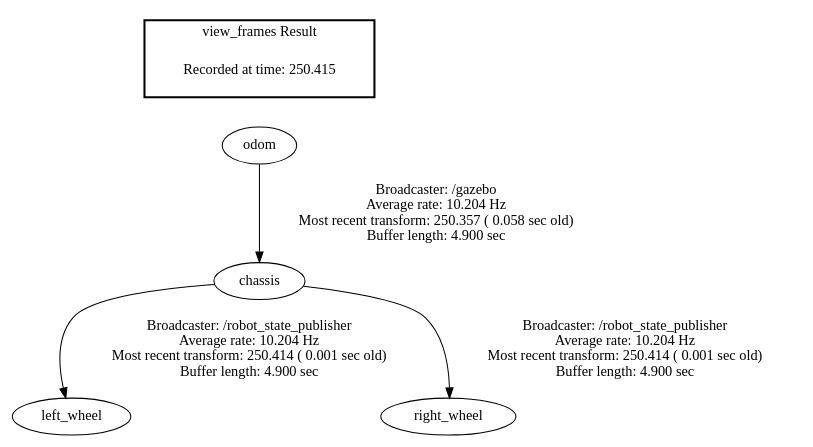
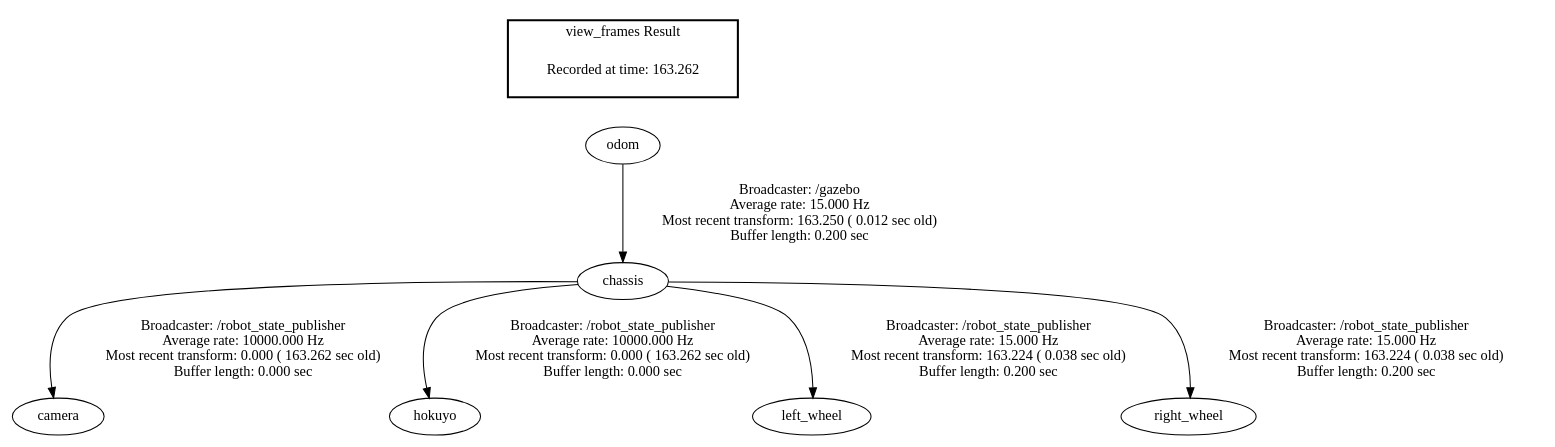
The diagram in frames.gv (spkadam/sambot_ws), drawn with Graphviz before and after one commit. The commit also changed 4 other files, not shown here.

```diff
--- a/frames.gv
+++ b/frames.gv
@@ -1,9 +1,11 @@
 digraph G {
-"odom" -> "chassis"[label="Broadcaster: /gazebo\nAverage rate: 10.204 Hz\nMost recent transform: 250.357 ( 0.058 sec old)\nBuffer length: 4.900 sec\n"];
-"chassis" -> "left_wheel"[label="Broadcaster: /robot_state_publisher\nAverage rate: 10.204 Hz\nMost recent transform: 250.414 ( 0.001 sec old)\nBuffer length: 4.900 sec\n"];
-"chassis" -> "right_wheel"[label="Broadcaster: /robot_state_publisher\nAverage rate: 10.204 Hz\nMost recent transform: 250.414 ( 0.001 sec old)\nBuffer length: 4.900 sec\n"];
+"chassis" -> "camera"[label="Broadcaster: /robot_state_publisher\nAverage rate: 10000.000 Hz\nMost recent transform: 0.000 ( 163.262 sec old)\nBuffer length: 0.000 sec\n"];
+"odom" -> "chassis"[label="Broadcaster: /gazebo\nAverage rate: 15.000 Hz\nMost recent transform: 163.250 ( 0.012 sec old)\nBuffer length: 0.200 sec\n"];
+"chassis" -> "hokuyo"[label="Broadcaster: /robot_state_publisher\nAverage rate: 10000.000 Hz\nMost recent transform: 0.000 ( 163.262 sec old)\nBuffer length: 0.000 sec\n"];
+"chassis" -> "left_wheel"[label="Broadcaster: /robot_state_publisher\nAverage rate: 15.000 Hz\nMost recent transform: 163.224 ( 0.038 sec old)\nBuffer length: 0.200 sec\n"];
+"chassis" -> "right_wheel"[label="Broadcaster: /robot_state_publisher\nAverage rate: 15.000 Hz\nMost recent transform: 163.224 ( 0.038 sec old)\nBuffer length: 0.200 sec\n"];
 edge [style=invis];
  subgraph cluster_legend { style=bold; color=black; label ="view_frames Result";
-"Recorded at time: 250.415"[ shape=plaintext ] ;
+"Recorded at time: 163.262"[ shape=plaintext ] ;
  }->"odom";
 }
```
